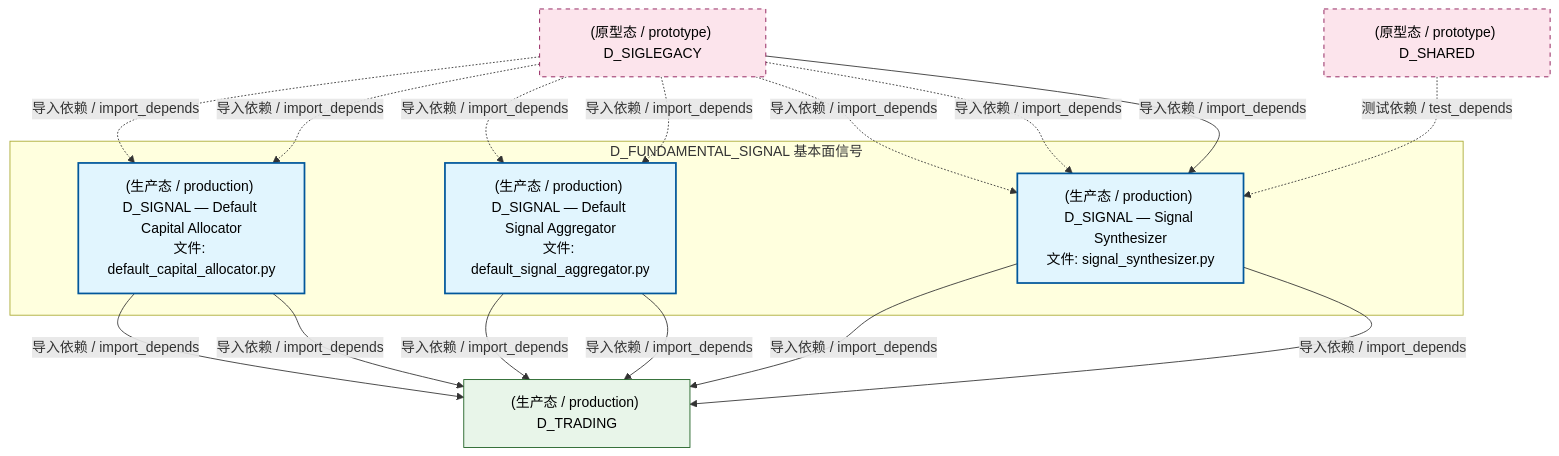
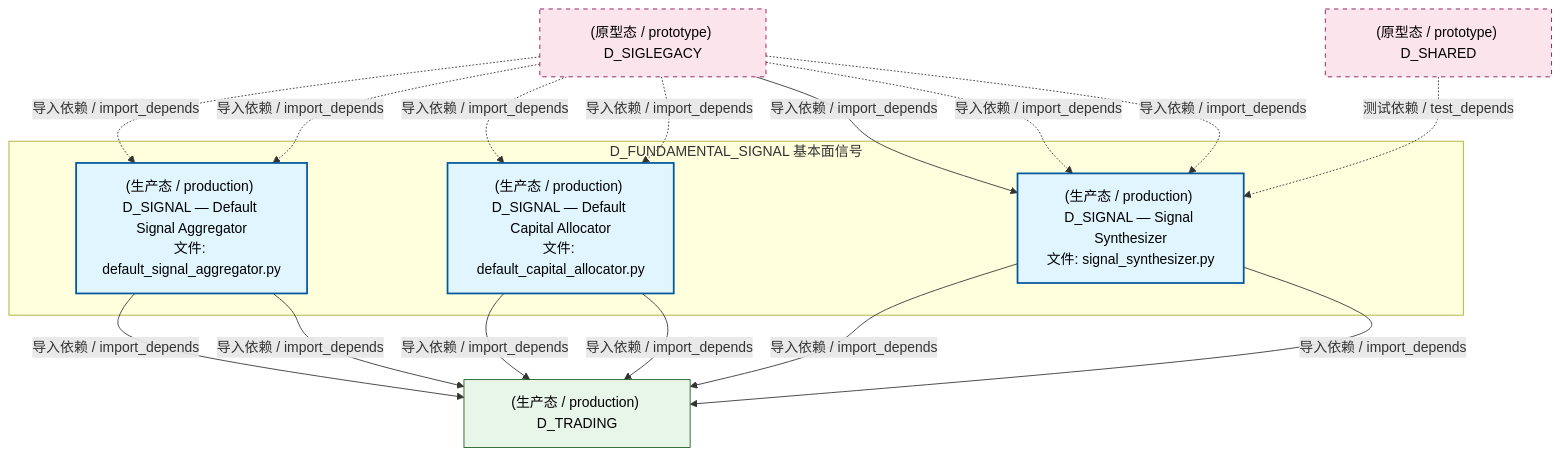
The second of 4 diagrams in docs/02_enterprise_architecture/02_domain_architecture_docs/37_d_fundamental_signal.md (xuanFelixVan/ZephyrAlpha), drawn with Mermaid before and after one commit. The commit also changed other lines of this file and 125 other files, not shown here.

````diff
--- a/docs/02_enterprise_architecture/02_domain_architecture_docs/37_d_fundamental_signal.md
+++ b/docs/02_enterprise_architecture/02_domain_architecture_docs/37_d_fundamental_signal.md
@@ -134,32 +134,32 @@
 ```mermaid
 graph TD
     subgraph D_FUNDAMENTAL_SIGNAL["D_FUNDAMENTAL_SIGNAL 基本面信号"]
         src_zephyr_signal_fundamental_gen_implementations_default_signal_aggregator_py["(生产态 / production) D_SIGNAL — Default Signal Aggregator<br/>文件: default_signal_aggregator.py"]
         src_zephyr_signal_fundamental_strategy_implementations_default_capital_allocator_py["(生产态 / production) D_SIGNAL — Default Capital Allocator<br/>文件: default_capital_allocator.py"]
         src_zephyr_signal_fundamental_synth_signal_synthesizer_py["(生产态 / production) D_SIGNAL — Signal Synthesizer<br/>文件: signal_synthesizer.py"]
     end
     D_TRADING["(生产态 / production) D_TRADING"]
     src_zephyr_signal_fundamental_gen_implementations_default_signal_aggregator_py -->|导入依赖 / import_depends| D_TRADING
+    src_zephyr_signal_fundamental_gen_implementations_default_signal_aggregator_py -->|导入依赖 / import_depends| D_TRADING
+    src_zephyr_signal_fundamental_synth_signal_synthesizer_py -->|导入依赖 / import_depends| D_TRADING
     src_zephyr_signal_fundamental_strategy_implementations_default_capital_allocator_py -->|导入依赖 / import_depends| D_TRADING
     src_zephyr_signal_fundamental_synth_signal_synthesizer_py -->|导入依赖 / import_depends| D_TRADING
     src_zephyr_signal_fundamental_strategy_implementations_default_capital_allocator_py -->|导入依赖 / import_depends| D_TRADING
-    src_zephyr_signal_fundamental_synth_signal_synthesizer_py -->|导入依赖 / import_depends| D_TRADING
-    src_zephyr_signal_fundamental_gen_implementations_default_signal_aggregator_py -->|导入依赖 / import_depends| D_TRADING
     D_SIGLEGACY["(原型态 / prototype) D_SIGLEGACY"]
+    D_SIGLEGACY -.->|导入依赖 / import_depends| src_zephyr_signal_fundamental_gen_implementations_default_signal_aggregator_py
+    D_SIGLEGACY -.->|导入依赖 / import_depends| src_zephyr_signal_fundamental_gen_implementations_default_signal_aggregator_py
     D_SIGLEGACY -.->|导入依赖 / import_depends| src_zephyr_signal_fundamental_strategy_implementations_default_capital_allocator_py
     D_SIGLEGACY -.->|导入依赖 / import_depends| src_zephyr_signal_fundamental_strategy_implementations_default_capital_allocator_py
-    D_SIGLEGACY -.->|导入依赖 / import_depends| src_zephyr_signal_fundamental_gen_implementations_default_signal_aggregator_py
-    D_SIGLEGACY -.->|导入依赖 / import_depends| src_zephyr_signal_fundamental_gen_implementations_default_signal_aggregator_py
+    D_SIGLEGACY -->|导入依赖 / import_depends| src_zephyr_signal_fundamental_synth_signal_synthesizer_py
     D_SIGLEGACY -.->|导入依赖 / import_depends| src_zephyr_signal_fundamental_synth_signal_synthesizer_py
-    D_SIGLEGACY -.->|导入依赖 / import_depends| src_zephyr_signal_fundamental_synth_signal_synthesizer_py
-    D_SIGLEGACY -->|导入依赖 / import_depends| src_zephyr_signal_fundamental_synth_signal_synthesizer_py
     D_SHARED["(原型态 / prototype) D_SHARED"]
     D_SHARED -.->|测试依赖 / test_depends| src_zephyr_signal_fundamental_synth_signal_synthesizer_py
+    D_SIGLEGACY -.->|导入依赖 / import_depends| src_zephyr_signal_fundamental_synth_signal_synthesizer_py
     classDef production fill:#e1f5fe,stroke:#01579b,stroke-width:2px,color:#000
     classDef design fill:#fff3e0,stroke:#e65100,stroke-width:2px,color:#000,stroke-dasharray: 5 5
     classDef external_prod fill:#e8f5e9,stroke:#1b5e20,stroke-width:1px,color:#000
     classDef external_design fill:#fce4ec,stroke:#880e4f,stroke-width:1px,color:#000,stroke-dasharray: 5 5
     class src_zephyr_signal_fundamental_gen_implementations_default_signal_aggregator_py,src_zephyr_signal_fundamental_strategy_implementations_default_capital_allocator_py,src_zephyr_signal_fundamental_synth_signal_synthesizer_py production
     class D_TRADING external_prod
     class D_SIGLEGACY,D_SHARED external_design
 ```
````
